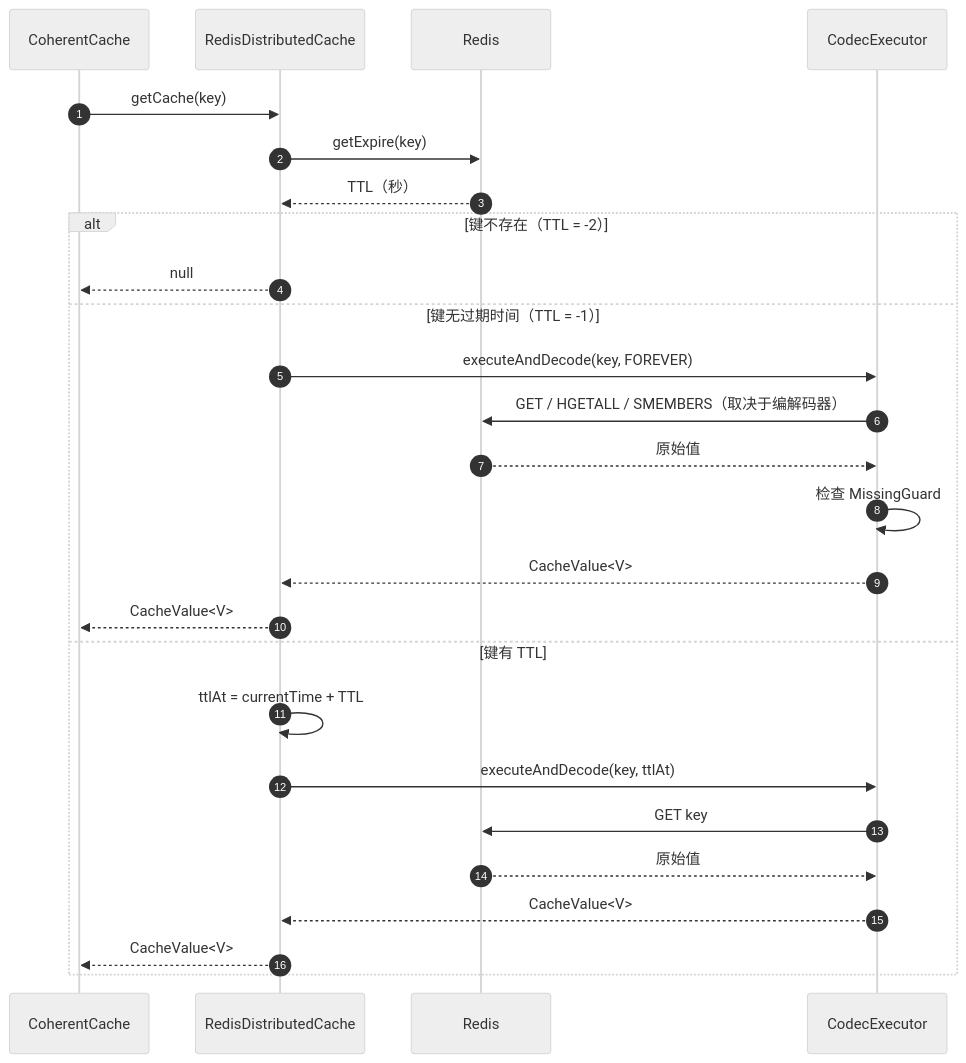
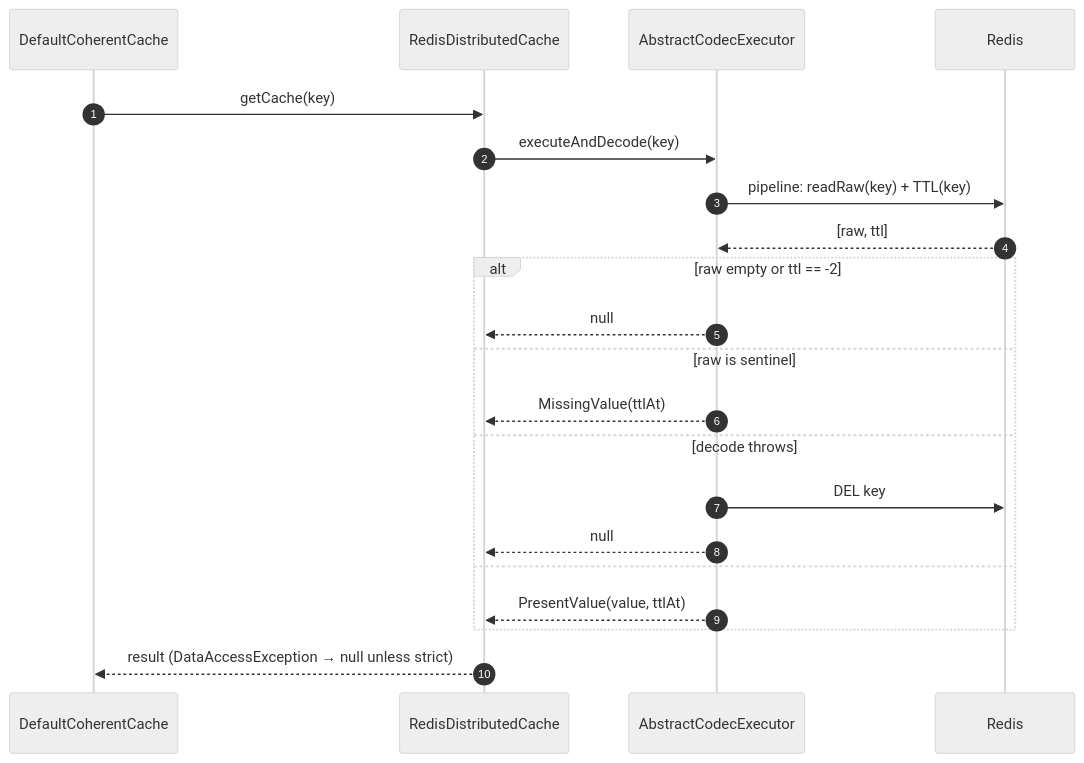
Before and after one commit to Ahoo-Wang/CoCache: the second of 3 diagrams in wiki/zh/modules/cocache-spring-redis.md, drawn with Mermaid (neutral theme). The commit also changed other lines of this file and 74 other files, not shown here.

First line of the commit message:
docs: align docs, wiki and skills with the 5.0 architecture

````diff
--- a/wiki/zh/modules/cocache-spring-redis.md
+++ b/wiki/zh/modules/cocache-spring-redis.md
@@ -61,30 +51,24 @@
 ```mermaid
 sequenceDiagram
 autonumber
-    participant Caller as CoherentCache
+    participant CC as DefaultCoherentCache
     participant RDC as RedisDistributedCache
-    participant Redis as Redis
-    participant Codec as CodecExecutor
+    participant CE as AbstractCodecExecutor
+    participant R as Redis
 
-    Caller->>RDC: getCache(key)
-    RDC->>Redis: getExpire(key)
-    Redis-->>RDC: TTL（秒）
-
-    alt 键不存在（TTL = -2）
-        RDC-->>Caller: null
-    else 键无过期时间（TTL = -1）
-        RDC->>Codec: executeAndDecode(key, FOREVER)
-        Codec->>Redis: GET / HGETALL / SMEMBERS（取决于编解码器）
-        Redis-->>Codec: 原始值
-        Codec->>Codec: 检查 MissingGuard
-        Codec-->>RDC: CacheValue<V>
-        RDC-->>Caller: CacheValue<V>
-    else 键有 TTL
-        RDC->>RDC: ttlAt = currentTime + TTL
-        RDC->>Codec: executeAndDecode(key, ttlAt)
-        Codec->>Redis: GET key
-        Redis-->>Codec: 原始值
-        Codec-->>RDC: CacheValue<V>
-        RDC-->>Caller: CacheValue<V>
+    CC->>RDC: getCache(key)
+    RDC->>CE: executeAndDecode(key)
+    CE->>R: pipeline: readRaw(key) + TTL(key)
+    R-->>CE: [raw, ttl]
+    alt raw empty or ttl == -2
+        CE-->>RDC: null
+    else raw is sentinel
+        CE-->>RDC: MissingValue(ttlAt)
+    else decode throws
+        CE->>R: DEL key
+        CE-->>RDC: null
+    else
+        CE-->>RDC: PresentValue(value, ttlAt)
     end
+    RDC-->>CC: result (DataAccessException → null unless strict)
 ```
````
